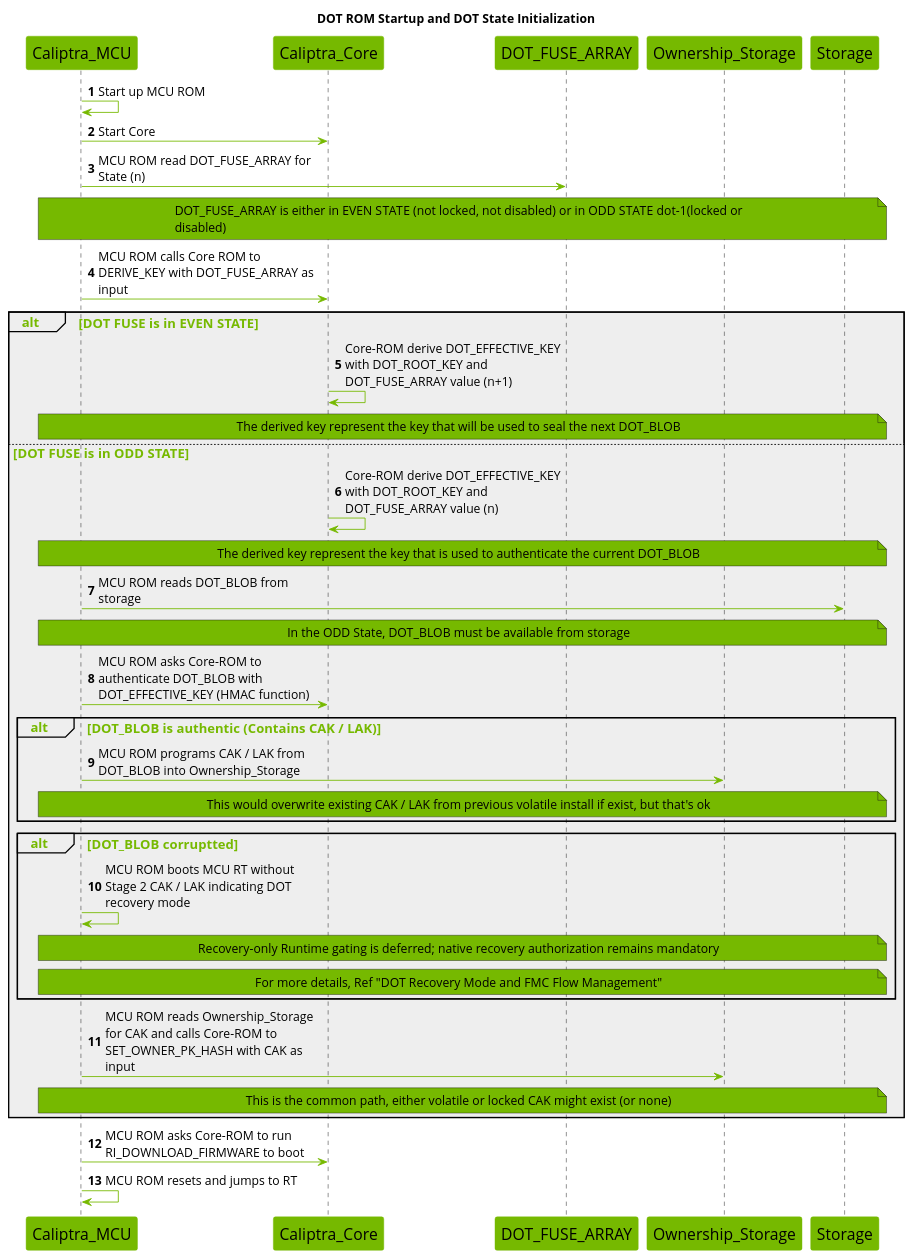
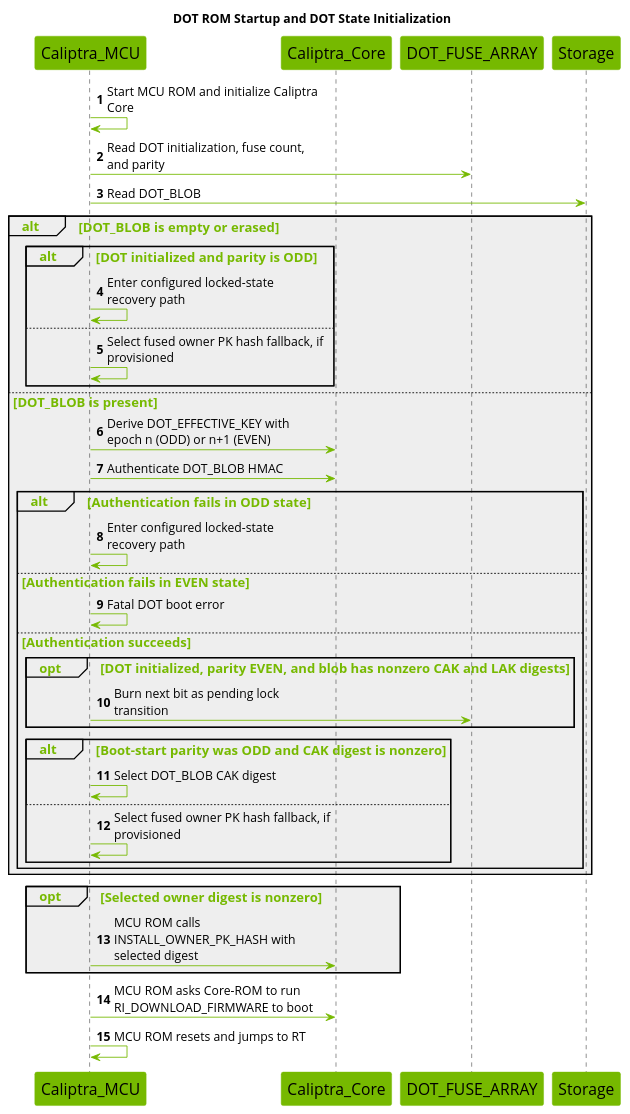
One commit to chipsalliance/caliptra-mcu-sw changed the first of 7 diagrams in docs/src/dot.md. Above: the diagram before and after it, drawn with PlantUML. The commit also changed other lines of this file and 7 other files, not shown here.

````diff
--- a/docs/src/dot.md
+++ b/docs/src/dot.md
@@ -285,68 +282,71 @@
 ```plantuml
 @startuml
 title DOT ROM Startup and DOT State Initialization
 
 skinparam maxMessageSize 250
 skinparam wrapWidth 700
 skinparam backgroundColor white
 skinparam NoteBackgroundColor #76b900
 skinparam NoteFontSize 14
 skinparam SequenceGroupBodyBackgroundColor #EEEEEE
 skinparam defaultFontName Open Sans
 
 skinparam sequence {
     ArrowColor #76b900
     ActorBorderColor #76b900
     LifeLineBorderColor #000000
     LifeLineBackgroundColor #76b900
     GroupHeaderFontsize 15
     GroupHeaderFontColor #76b900
     GroupFontSize 15
     GroupFontColor #76b900
     ArrowFontSize 15
     ParticipantBorderColor #76b900
     ParticipantBackgroundColor #76b900
     ParticipantFontSize 18
     ParticipantFontColor black
     ArrowFontSize 14
 }
 
 participant Caliptra_MCU
 participant Caliptra_Core
 participant DOT_FUSE_ARRAY
-participant Ownership_Storage
 participant Storage
 
 autonumber
 
-Caliptra_MCU -> Caliptra_MCU : Start up MCU ROM
-Caliptra_MCU -> Caliptra_Core : Start Core
-Caliptra_MCU -> DOT_FUSE_ARRAY : MCU ROM read DOT_FUSE_ARRAY for State (n)
-note across : DOT_FUSE_ARRAY is either in EVEN STATE (not locked, not disabled) or in ODD STATE dot-1(locked or disabled)
-Caliptra_MCU -> Caliptra_Core : MCU ROM calls Core ROM to DERIVE_KEY with DOT_FUSE_ARRAY as input
-alt DOT FUSE is in EVEN STATE
-    Caliptra_Core -> Caliptra_Core : Core-ROM derive DOT_EFFECTIVE_KEY with DOT_ROOT_KEY and DOT_FUSE_ARRAY value (n+1)
-    note across : The derived key represent the key that will be used to seal the next DOT_BLOB
-else DOT FUSE is in ODD STATE
-    Caliptra_Core -> Caliptra_Core : Core-ROM derive DOT_EFFECTIVE_KEY with DOT_ROOT_KEY and DOT_FUSE_ARRAY value (n)
-    note across : The derived key represent the key that is used to authenticate the current DOT_BLOB
-    Caliptra_MCU -> Storage : MCU ROM reads DOT_BLOB from storage
-    note across : In the ODD State, DOT_BLOB must be available from storage
-    Caliptra_MCU -> Caliptra_Core : MCU ROM asks Core-ROM to authenticate DOT_BLOB with DOT_EFFECTIVE_KEY (HMAC function)
-    alt DOT_BLOB is authentic (Contains CAK / LAK)
-        Caliptra_MCU -> Ownership_Storage : MCU ROM programs CAK / LAK from DOT_BLOB into Ownership_Storage
-        note across : This would overwrite existing CAK / LAK from previous volatile install if exist, but that's ok
+Caliptra_MCU -> Caliptra_MCU : Start MCU ROM and initialize Caliptra Core
+Caliptra_MCU -> DOT_FUSE_ARRAY : Read DOT initialization, fuse count, and parity
+Caliptra_MCU -> Storage : Read DOT_BLOB
+alt DOT_BLOB is empty or erased
+    alt DOT initialized and parity is ODD
+        Caliptra_MCU -> Caliptra_MCU : Enter configured locked-state recovery path
+    else
+        Caliptra_MCU -> Caliptra_MCU : Select fused owner PK hash fallback, if provisioned
     end
-    alt DOT_BLOB corruptted
-        Caliptra_MCU -> Caliptra_MCU : MCU ROM boots MCU RT without Stage 2 CAK / LAK indicating DOT recovery mode
-        note across: Recovery-only Runtime gating is deferred; native recovery authorization remains mandatory
-        note across : For more details, Ref "DOT Recovery Mode and FMC Flow Management"
+else DOT_BLOB is present
+    Caliptra_MCU -> Caliptra_Core : Derive DOT_EFFECTIVE_KEY with epoch n (ODD) or n+1 (EVEN)
+    Caliptra_MCU -> Caliptra_Core : Authenticate DOT_BLOB HMAC
+    alt Authentication fails in ODD state
+        Caliptra_MCU -> Caliptra_MCU : Enter configured locked-state recovery path
+    else Authentication fails in EVEN state
+        Caliptra_MCU -> Caliptra_MCU : Fatal DOT boot error
+    else Authentication succeeds
+        opt DOT initialized, parity EVEN, and blob has nonzero CAK and LAK digests
+            Caliptra_MCU -> DOT_FUSE_ARRAY : Burn next bit as pending lock transition
+        end
+        alt Boot-start parity was ODD and CAK digest is nonzero
+            Caliptra_MCU -> Caliptra_MCU : Select DOT_BLOB CAK digest
+        else
+            Caliptra_MCU -> Caliptra_MCU : Select fused owner PK hash fallback, if provisioned
+        end
     end
-    Caliptra_MCU -> Ownership_Storage : MCU ROM reads Ownership_Storage for CAK and calls Core-ROM to SET_OWNER_PK_HASH with CAK as input
-    note across : This is the common path, either volatile or locked CAK might exist (or none)
+end
+opt Selected owner digest is nonzero
+    Caliptra_MCU -> Caliptra_Core : MCU ROM calls INSTALL_OWNER_PK_HASH with selected digest
 end
 Caliptra_MCU -> Caliptra_Core : MCU ROM asks Core-ROM to run RI_DOWNLOAD_FIRMWARE to boot
 Caliptra_MCU -> Caliptra_MCU : MCU ROM resets and jumps to RT
 
 @enduml
 ```
````
